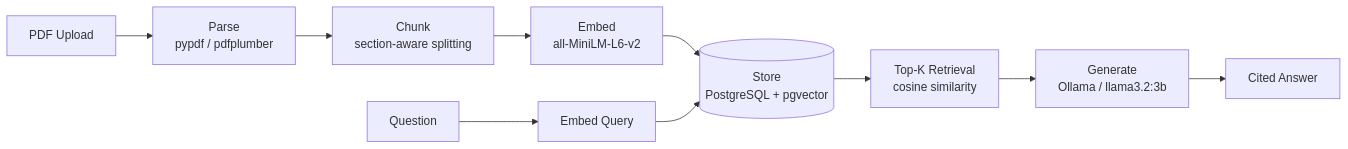
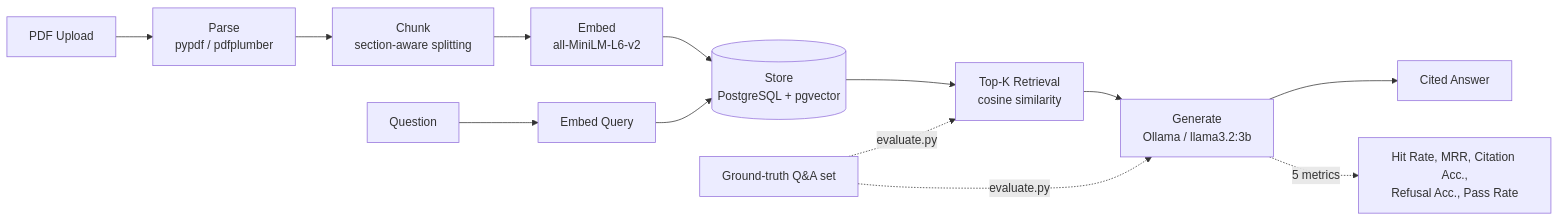
The diagram in README.md (chandrashekhar1227-ML/rag-project), drawn with Mermaid before and after one commit. The commit also changed other lines of this file, not shown here.

Commit message:
Add evaluation results and architecture diagram update to README

````diff
--- a/README.md
+++ b/README.md
@@ -13,12 +13,15 @@
 ```mermaid
 graph LR
     A[PDF Upload] --> B[Parse<br/>pypdf / pdfplumber]
     B --> C[Chunk<br/>section-aware splitting]
     C --> D[Embed<br/>all-MiniLM-L6-v2]
     D --> E[(Store<br/>PostgreSQL + pgvector)]
     F[Question] --> G[Embed Query]
     G --> E
     E --> H[Top-K Retrieval<br/>cosine similarity]
     H --> I[Generate<br/>Ollama / llama3.2:3b]
     I --> J[Cited Answer]
+    K[Ground-truth Q&A set] -.->|evaluate.py| H
+    K -.->|evaluate.py| I
+    I -.->|5 metrics| L[Hit Rate, MRR, Citation Acc.,<br/>Refusal Acc., Pass Rate]
 ```
````
